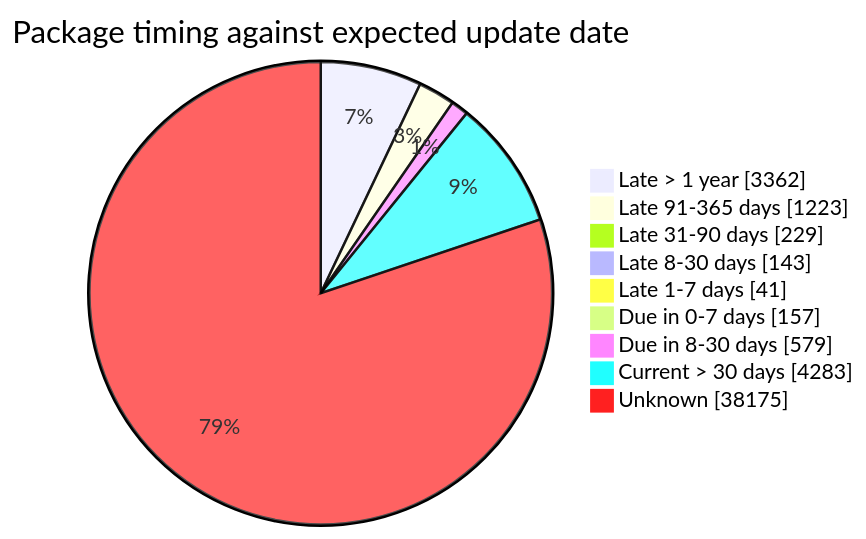
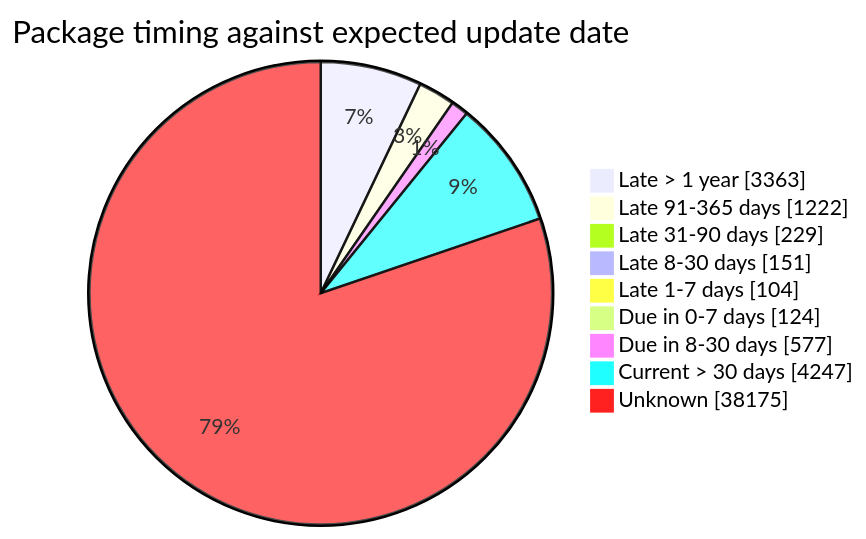
Before and after one commit to open-data/analytics-corporate-reporting: the fourth of 5 diagrams in FreshCheck/README.md, drawn with Mermaid. The commit also changed other lines of this file and 3 other files, not shown here.

````diff
--- a/FreshCheck/README.md
+++ b/FreshCheck/README.md
@@ -86,12 +86,12 @@
 ```mermaid
 pie showData title Package timing against expected update date
-    "Late > 1 year": 3362
-    "Late 91-365 days": 1223
+    "Late > 1 year": 3363
+    "Late 91-365 days": 1222
     "Late 31-90 days": 229
-    "Late 8-30 days": 143
-    "Late 1-7 days": 41
-    "Due in 0-7 days": 157
-    "Due in 8-30 days": 579
-    "Current > 30 days": 4283
+    "Late 8-30 days": 151
+    "Late 1-7 days": 104
+    "Due in 0-7 days": 124
+    "Due in 8-30 days": 577
+    "Current > 30 days": 4247
     "Unknown": 38175
 ```
````
